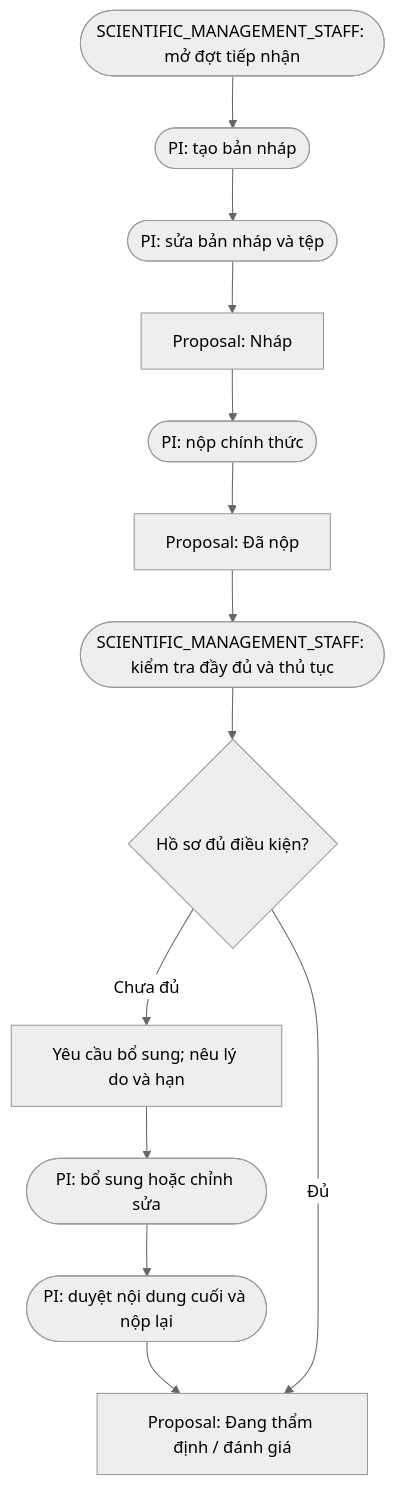
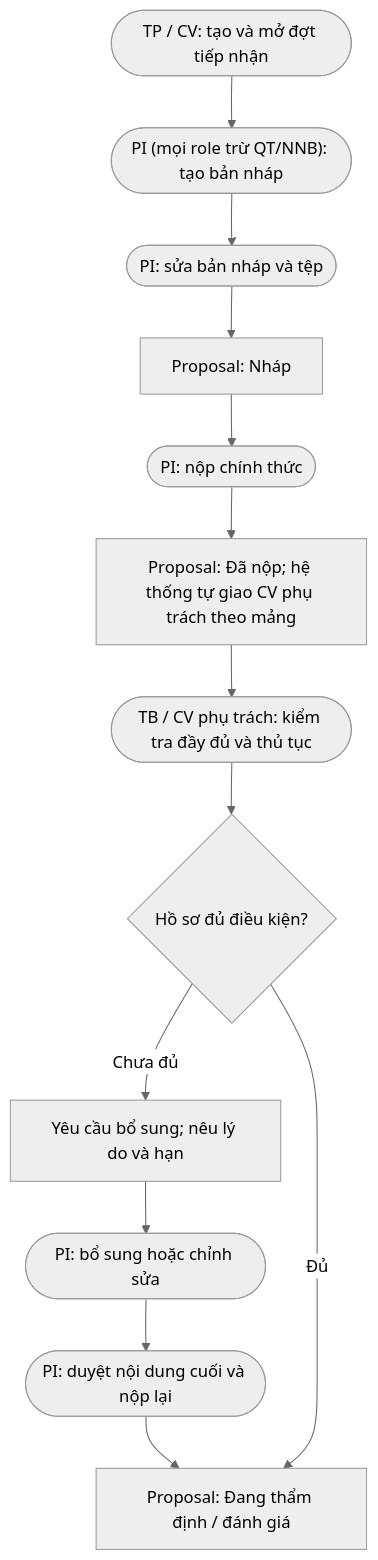
Before and after one commit to thanhdotien278/DocManS: the diagram in docs/diagrams/document-creation.md, drawn with Mermaid (neutral theme). The commit also changed 14 other files, not shown here.

````diff
--- a/docs/diagrams/document-creation.md
+++ b/docs/diagrams/document-creation.md
@@ -6,19 +6,19 @@
 ```mermaid
 flowchart TD
-  intake(["SCIENTIFIC_MANAGEMENT_STAFF: mở đợt tiếp nhận"])
-  create(["PI: tạo bản nháp"])
+  intake(["TP / CV: tạo và mở đợt tiếp nhận"])
+  create(["PI (mọi role trừ QT/NNB): tạo bản nháp"])
   edit(["PI: sửa bản nháp và tệp"])
   draft["Proposal: Nháp"]
   submit(["PI: nộp chính thức"])
-  submitted["Proposal: Đã nộp"]
-  review(["SCIENTIFIC_MANAGEMENT_STAFF: kiểm tra đầy đủ và thủ tục"])
+  submitted["Proposal: Đã nộp; hệ thống tự giao CV phụ trách theo mảng"]
+  review(["TB / CV phụ trách: kiểm tra đầy đủ và thủ tục"])
   complete{"Hồ sơ đủ điều kiện?"}
   missing["Yêu cầu bổ sung; nêu lý do và hạn"]
   correction(["PI: bổ sung hoặc chỉnh sửa"])
   resubmit(["PI: duyệt nội dung cuối và nộp lại"])
   under_review["Proposal: Đang thẩm định / đánh giá"]
 
   intake --> create --> edit --> draft --> submit --> submitted --> review --> complete
   complete -- "Chưa đủ" --> missing --> correction --> resubmit --> under_review
   complete -- "Đủ" --> under_review
 ```
````
